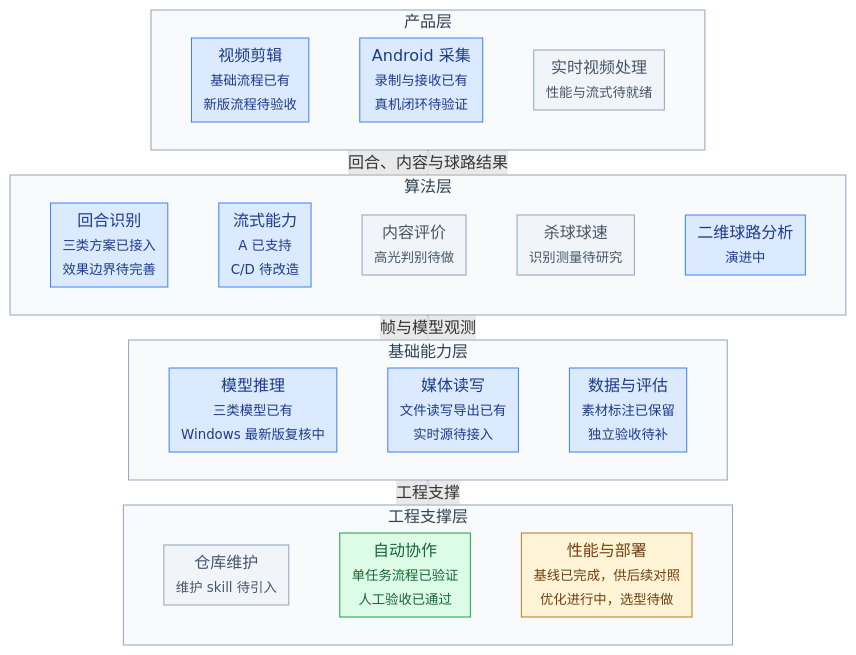
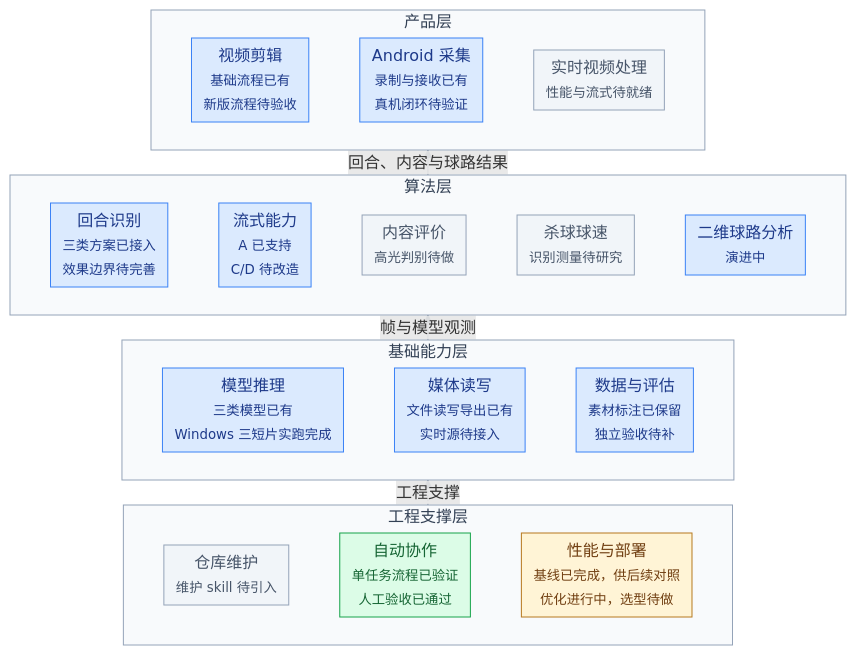
The first of 2 diagrams in docs/plan/roadmap.md (benb365/smash-suite), drawn with Mermaid before and after one commit. The commit also changed other lines of this file and 8 other files, not shown here.

````diff
--- a/docs/plan/roadmap.md
+++ b/docs/plan/roadmap.md
@@ -16,68 +16,68 @@
 ```mermaid
 %%{init: {"flowchart": {"useMaxWidth": true, "nodeSpacing": 10, "rankSpacing": 1, "padding": 6, "diagramPadding": 8}}}%%
 flowchart BT
   subgraph products["产品层"]
     subgraph productRow[" "]
     direction LR
     clip["视频剪辑<br/><small>基础流程已有<br/>新版流程待验收</small>"]
     capture["Android 采集<br/><small>录制与接收已有<br/>真机闭环待验证</small>"]
     live["实时视频处理<br/><small>性能与流式待就绪</small>"]
     clip ~~~ capture ~~~ live
     end
   end
 
   subgraph algorithms["算法层"]
     subgraph algorithmRow[" "]
     direction LR
     rally["回合识别<br/><small>三类方案已接入<br/>效果边界待完善</small>"]
     stream["流式能力<br/><small>A 已支持<br/>C/D 待改造</small>"]
     content["内容评价<br/><small>高光判别待做</small>"]
     speed["杀球球速<br/><small>识别测量待研究</small>"]
     trajectory["二维球路分析<br/><small>演进中</small>"]
     rally ~~~ stream ~~~ content ~~~ speed ~~~ trajectory
     end
   end
 
   subgraph foundation["基础能力层"]
     subgraph foundationRow[" "]
     direction LR
-    models["模型推理<br/><small>三类模型已有<br/>Windows 最新版复核中</small>"]
+    models["模型推理<br/><small>三类模型已有<br/>Windows 三短片实跑完成</small>"]
     media["媒体读写<br/><small>文件读写导出已有<br/>实时源待接入</small>"]
     data["数据与评估<br/><small>素材标注已保留<br/>独立验收待补</small>"]
     models ~~~ media ~~~ data
     end
   end
 
   subgraph engineering["工程支撑层"]
     subgraph engineeringRow[" "]
     direction LR
     maintenance["仓库维护<br/><small>维护 skill 待引入</small>"]
     workflow["自动协作<br/><small>单任务流程已验证<br/>人工验收已通过</small>"]
     performance["性能与部署<br/><small>基线已完成，供后续对照<br/>优化进行中，选型待做</small>"]
     maintenance ~~~ workflow ~~~ performance
     end
   end
 
   engineering -. 工程支撑 .-> foundation
   foundation -->|帧与模型观测| algorithms
   algorithms -->|回合、内容与球路结果| products
 
   classDef complete fill:#dcfce7,stroke:#16a34a,color:#166534
   classDef partial fill:#dbeafe,stroke:#3b82f6,color:#1e3a8a
   classDef pending fill:#f1f5f9,stroke:#94a3b8,color:#475569
   classDef active fill:#fff4d6,stroke:#b7791f,color:#713f12
   class clip,capture,rally,stream,models,media,data partial
   class live,content,speed,maintenance pending
   class workflow complete
   class performance active
   class trajectory partial
   style products fill:#f8fafc,stroke:#94a3b8,color:#334155
   style algorithms fill:#f8fafc,stroke:#94a3b8,color:#334155
   style foundation fill:#f8fafc,stroke:#94a3b8,color:#334155
   style engineering fill:#f8fafc,stroke:#94a3b8,color:#334155
   style productRow fill:transparent,stroke:transparent
   style algorithmRow fill:transparent,stroke:transparent
   style foundationRow fill:transparent,stroke:transparent
   style engineeringRow fill:transparent,stroke:transparent
   linkStyle default stroke:#64748b
 ```
````
